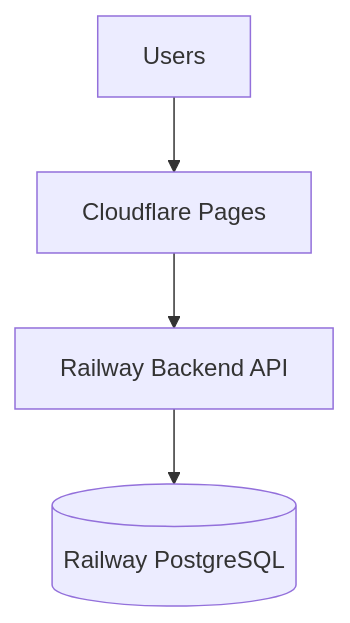
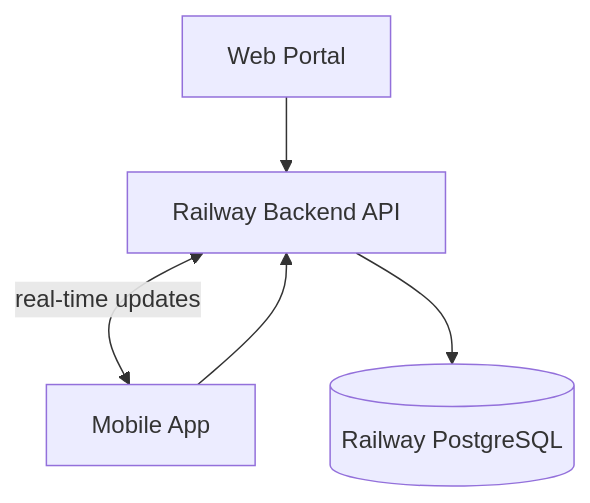
Before and after one commit to NihalMishra3009/GigBit: the diagram in README.md, drawn with Mermaid. The commit also changed other lines of this file and 2 other files, not shown here.

````diff
--- a/README.md
+++ b/README.md
@@ -46,6 +52,7 @@
 ```mermaid
 flowchart TD
-  U[Users] --> C[Cloudflare Pages]
-  C --> R[Railway Backend API]
-  R --> P[(Railway PostgreSQL)]
+  W[Web Portal] --> API[Railway Backend API]
+  M[Mobile App] --> API
+  API <-->|real-time updates| M
+  API --> DB[(Railway PostgreSQL)]
 ```
````
